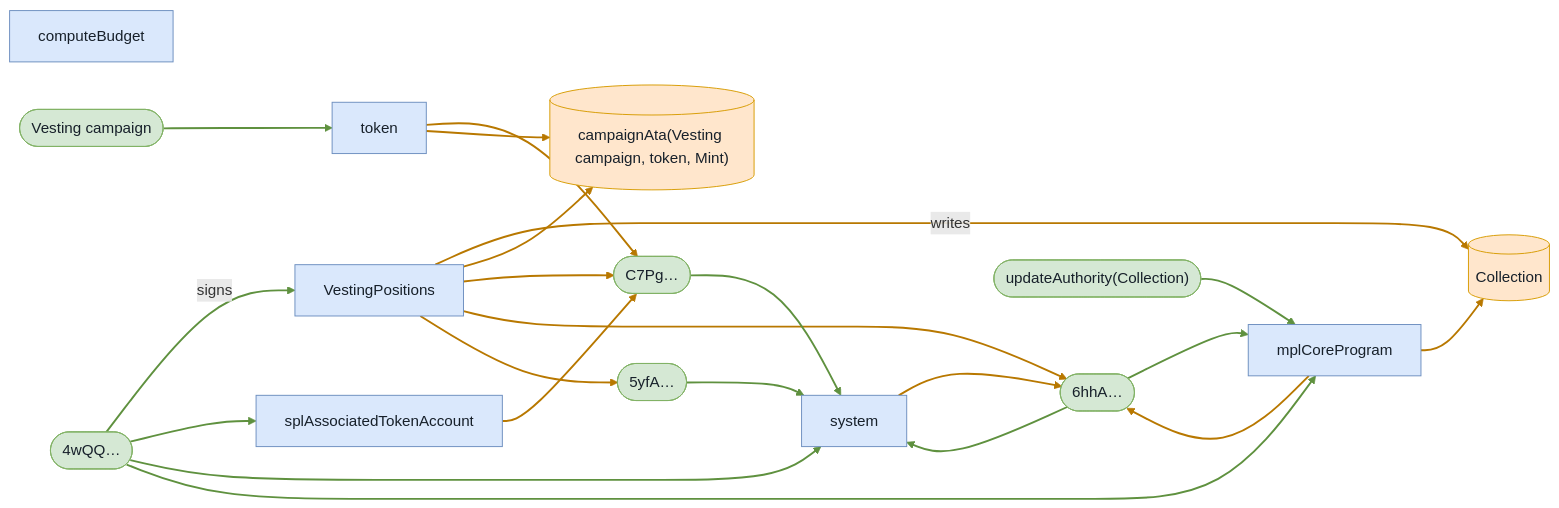
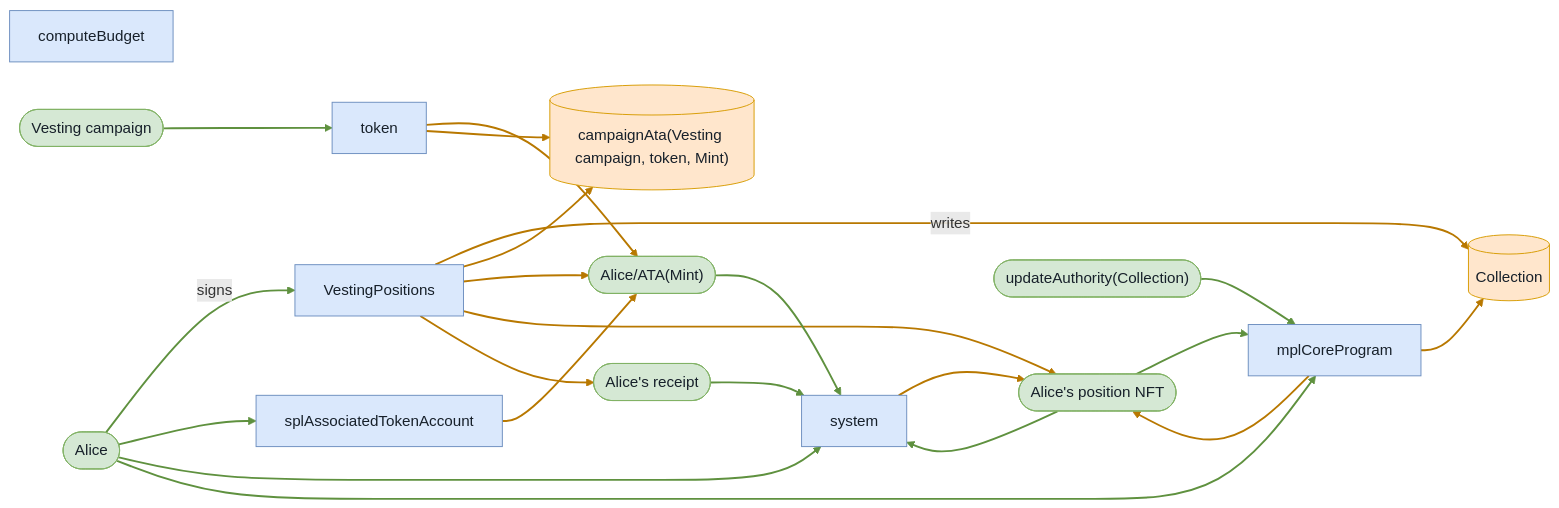
Before and after one commit to cds-turbin3/vesting-position: the fifth of 6 diagrams in babelfish-tests/test-report/at_end_releases_full_allocation.md, drawn with Mermaid. The commit also changed other lines of this file and 104 other files, not shown here.

````diff
--- a/babelfish-tests/test-report/at_end_releases_full_allocation.md
+++ b/babelfish-tests/test-report/at_end_releases_full_allocation.md
@@ -286,43 +285,43 @@
 ```mermaid
 flowchart LR
     computeBudget["computeBudget"]:::program
     VestingPositions["VestingPositions"]:::program
-    n4wQQ(["4wQQ…"]):::signer
+    Alice(["Alice"]):::signer
     Collection[("Collection")]:::state
     campaignAtaVestingcampaigntokenMint[("campaignAta(Vesting campaign, token, Mint)")]:::state
-    C7Pg(["C7Pg…"]):::signer
-    n6hhA(["6hhA…"]):::signer
-    n5yfA(["5yfA…"]):::signer
+    AliceATAMint(["Alice/ATA(Mint)"]):::signer
+    AlicespositionNFT(["Alice's position NFT"]):::signer
+    Alicesreceipt(["Alice's receipt"]):::signer
     splAssociatedTokenAccount["splAssociatedTokenAccount"]:::program
     token["token"]:::program
     system["system"]:::program
     mplCoreProgram["mplCoreProgram"]:::program
     updateAuthorityCollection(["updateAuthority(Collection)"]):::signer
     Vestingcampaign(["Vesting campaign"]):::signer
-    n4wQQ -->|signs| VestingPositions
+    Alice -->|signs| VestingPositions
     VestingPositions -->|writes| Collection
     VestingPositions --> campaignAtaVestingcampaigntokenMint
-    VestingPositions --> C7Pg
-    VestingPositions --> n6hhA
-    VestingPositions --> n5yfA
-    n4wQQ --> splAssociatedTokenAccount
-    splAssociatedTokenAccount --> C7Pg
-    n4wQQ --> system
-    C7Pg --> system
-    token --> C7Pg
-    n5yfA --> system
-    n6hhA --> mplCoreProgram
+    VestingPositions --> AliceATAMint
+    VestingPositions --> AlicespositionNFT
+    VestingPositions --> Alicesreceipt
+    Alice --> splAssociatedTokenAccount
+    splAssociatedTokenAccount --> AliceATAMint
+    Alice --> system
+    AliceATAMint --> system
+    token --> AliceATAMint
+    Alicesreceipt --> system
+    AlicespositionNFT --> mplCoreProgram
     mplCoreProgram --> Collection
     updateAuthorityCollection --> mplCoreProgram
-    n4wQQ --> mplCoreProgram
-    n6hhA --> system
-    system --> n6hhA
+    Alice --> mplCoreProgram
+    AlicespositionNFT --> system
+    system --> AlicespositionNFT
     token --> campaignAtaVestingcampaigntokenMint
     Vestingcampaign --> token
-    mplCoreProgram --> n6hhA
+    mplCoreProgram --> AlicespositionNFT
     classDef program fill:#dae8fc,stroke:#6c8ebf,color:#17202a;
     classDef signer fill:#d5e8d4,stroke:#82b366,color:#17202a;
     classDef state fill:#ffe6cc,stroke:#d79b00,color:#17202a;
     linkStyle 0,6,8,9,11,12,14,15,16,19 stroke:#5f913f,stroke-width:2px
     linkStyle 1,2,3,4,5,7,10,13,17,18,20 stroke:#b87800,stroke-width:2px
 ```
````
